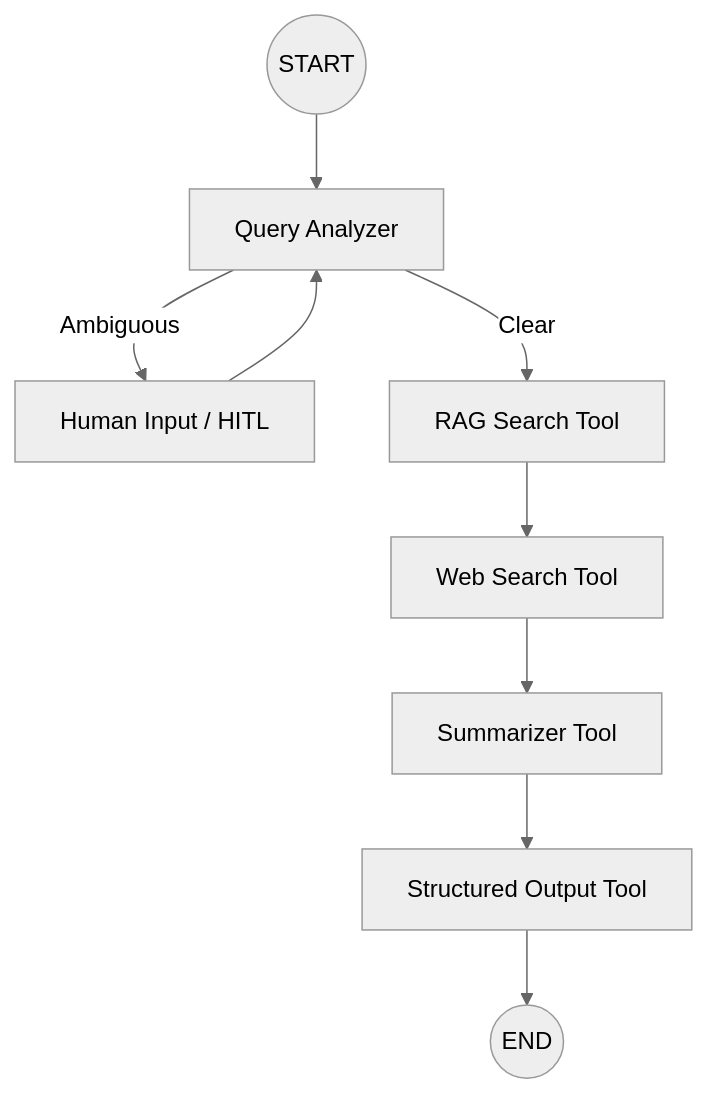
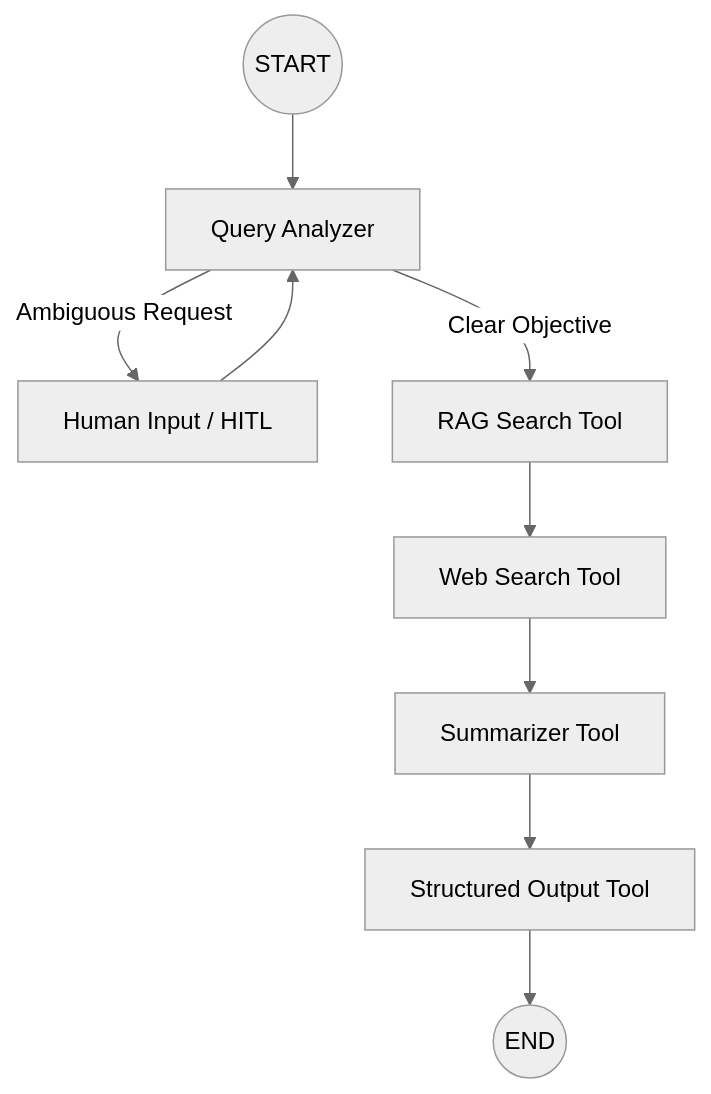
One commit to alijaan110/GenAI_Technical_Assessment changed the diagram in README.md. Above: the diagram before and after it, drawn with Mermaid (neutral theme). The commit also changed other lines of this file, not shown here.

````diff
--- a/README.md
+++ b/README.md
@@ -54,11 +60,11 @@
 ```mermaid
 graph TD
     START((START)) --> QA[Query Analyzer]
-    QA --> |Ambiguous| HITL[Human Input / HITL]
+    QA --> |Ambiguous Request| HITL[Human Input / HITL]
     HITL --> QA
-    QA --> |Clear| RAG[RAG Search Tool]
+    QA --> |Clear Objective| RAG[RAG Search Tool]
     RAG --> WEB[Web Search Tool]
     WEB --> SUM[Summarizer Tool]
     SUM --> OUT[Structured Output Tool]
     OUT --> END((END))
 ```
````
